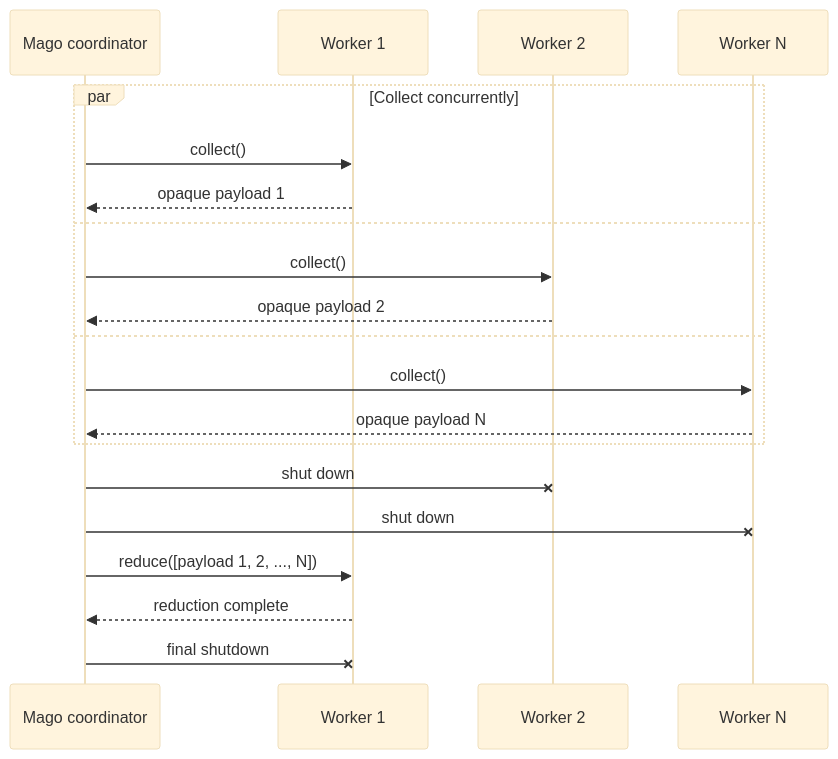
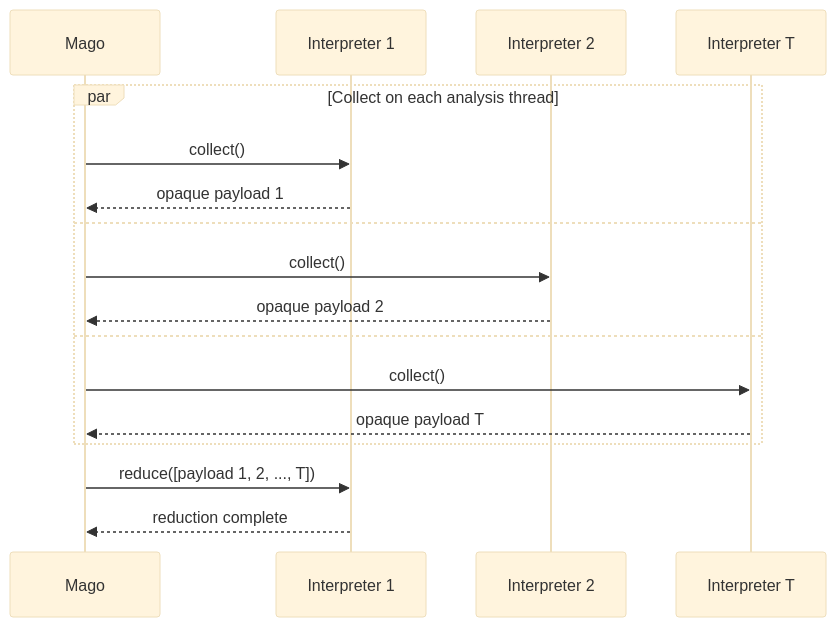
The diagram in docs/content/en/extensions/sdk/worker-reduction.md (heyJordanParker/mago-sharp), drawn with Mermaid (base theme) before and after one commit. The commit also changed other lines of this file and 129 other files, not shown here.

````diff
--- a/docs/content/en/extensions/sdk/worker-reduction.md
+++ b/docs/content/en/extensions/sdk/worker-reduction.md
@@ -82,23 +81,20 @@
 ```mermaid
 sequenceDiagram
-    participant Mago as Mago coordinator
-    participant W1 as Worker 1
-    participant W2 as Worker 2
-    participant WN as Worker N
+    participant Mago as Mago
+    participant I1 as Interpreter 1
+    participant I2 as Interpreter 2
+    participant IT as Interpreter T
 
-    par Collect concurrently
-        Mago->>W1: collect()
-        W1-->>Mago: opaque payload 1
+    par Collect on each analysis thread
+        Mago->>I1: collect()
+        I1-->>Mago: opaque payload 1
     and
-        Mago->>W2: collect()
-        W2-->>Mago: opaque payload 2
+        Mago->>I2: collect()
+        I2-->>Mago: opaque payload 2
     and
-        Mago->>WN: collect()
-        WN-->>Mago: opaque payload N
+        Mago->>IT: collect()
+        IT-->>Mago: opaque payload T
     end
-    Mago-xW2: shut down
-    Mago-xWN: shut down
-    Mago->>W1: reduce([payload 1, 2, ..., N])
-    W1-->>Mago: reduction complete
-    Mago-xW1: final shutdown
+    Mago->>I1: reduce([payload 1, 2, ..., T])
+    I1-->>Mago: reduction complete
 ```
````
